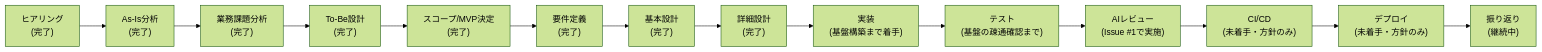
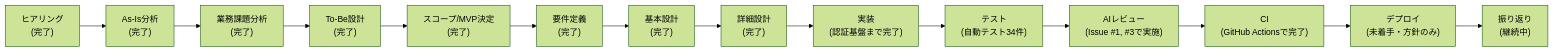
The first of 2 diagrams in README.md (TakanoriShima/ai-native-sdlc-training), drawn with Mermaid (forest theme) before and after one commit. The commit also changed other lines of this file and 1 other file, not shown here.

````diff
--- a/README.md
+++ b/README.md
@@ -49,16 +51,16 @@
 ```mermaid
 flowchart LR
     A["ヒアリング<br/>(完了)"] --> B["As-Is分析<br/>(完了)"]
     B --> C["業務課題分析<br/>(完了)"]
     C --> D["To-Be設計<br/>(完了)"]
     D --> E["スコープ/MVP決定<br/>(完了)"]
     E --> F["要件定義<br/>(完了)"]
     F --> G["基本設計<br/>(完了)"]
     G --> H["詳細設計<br/>(完了)"]
-    H --> I["実装<br/>(基盤構築まで着手)"]
-    I --> J["テスト<br/>(基盤の疎通確認まで)"]
-    J --> K["AIレビュー<br/>(Issue #1で実施)"]
-    K --> L["CI/CD<br/>(未着手・方針のみ)"]
+    H --> I["実装<br/>(認証基盤まで完了)"]
+    I --> J["テスト<br/>(自動テスト34件)"]
+    J --> K["AIレビュー<br/>(Issue #1, #3で実施)"]
+    K --> L["CI<br/>(GitHub Actionsで完了)"]
     L --> M["デプロイ<br/>(未着手・方針のみ)"]
     M --> N["振り返り<br/>(継続中)"]
 ```
````
